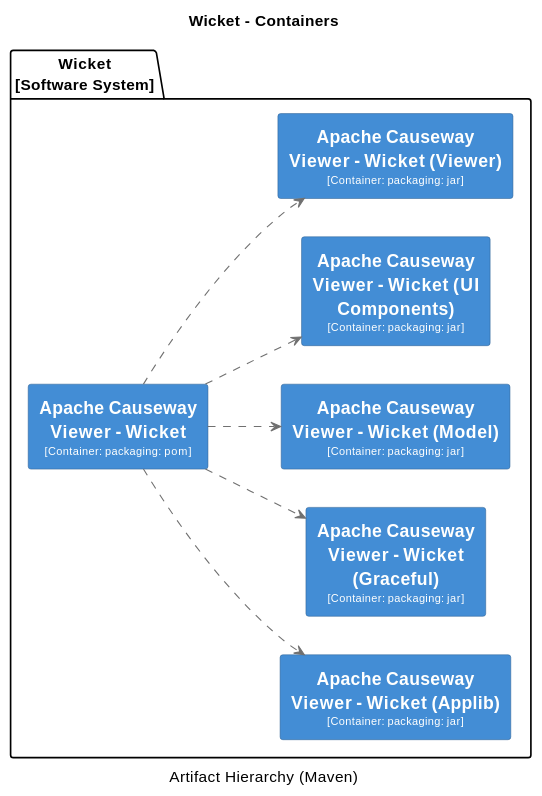
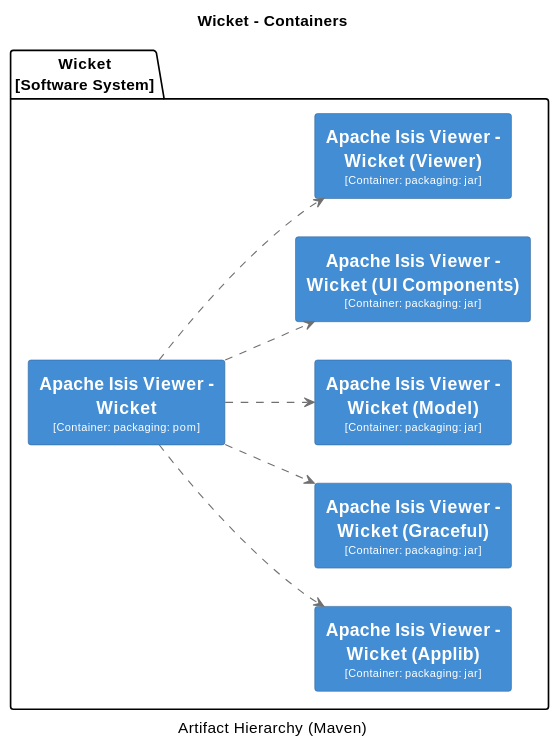
One commit to Supermajestcd/XMP--toolkits changed diagram 17 of 32 in core/adoc/modules/_overview/pages/about.adoc. Above: the diagram before and after it, drawn with PlantUML. The commit also changed other lines of this file and 13521 other files, not shown here.

```diff
--- a/core/adoc/modules/_overview/pages/about.adoc
+++ b/core/adoc/modules/_overview/pages/about.adoc
@@ -2875,60 +3115,60 @@
 [plantuml,Wicket,svg]
 ----
 @startuml(id=Wicket)
 title Wicket - Containers
 caption Artifact Hierarchy (Maven)
 
 skinparam {
   shadowing false
   arrowFontSize 10
   defaultTextAlignment center
   wrapWidth 200
   maxMessageSize 100
 }
 hide stereotype
 left to right direction
 skinparam rectangle<<2>> {
   BackgroundColor #438dd5
   FontColor #fffffe
   BorderColor #2E6295
 }
 skinparam rectangle<<3>> {
   BackgroundColor #438dd5
   FontColor #fffffe
   BorderColor #2E6295
 }
 skinparam rectangle<<4>> {
   BackgroundColor #438dd5
   FontColor #fffffe
   BorderColor #2E6295
 }
 skinparam rectangle<<5>> {
   BackgroundColor #438dd5
   FontColor #fffffe
   BorderColor #2E6295
 }
 skinparam rectangle<<6>> {
   BackgroundColor #438dd5
   FontColor #fffffe
   BorderColor #2E6295
 }
 skinparam rectangle<<7>> {
   BackgroundColor #438dd5
   FontColor #fffffe
   BorderColor #2E6295
 }
 package "Wicket\n[Software System]" {
-  rectangle "==Apache Causeway Viewer - Wicket\n<size:10>[Container: packaging: pom]</size>" <<2>> as 2
-  rectangle "==Apache Causeway Viewer - Wicket (Applib)\n<size:10>[Container: packaging: jar]</size>" <<3>> as 3
-  rectangle "==Apache Causeway Viewer - Wicket (Graceful)\n<size:10>[Container: packaging: jar]</size>" <<4>> as 4
-  rectangle "==Apache Causeway Viewer - Wicket (Model)\n<size:10>[Container: packaging: jar]</size>" <<5>> as 5
-  rectangle "==Apache Causeway Viewer - Wicket (UI Components)\n<size:10>[Container: packaging: jar]</size>" <<6>> as 6
-  rectangle "==Apache Causeway Viewer - Wicket (Viewer)\n<size:10>[Container: packaging: jar]</size>" <<7>> as 7
+  rectangle "==Apache Isis Viewer - Wicket\n<size:10>[Container: packaging: pom]</size>" <<2>> as 2
+  rectangle "==Apache Isis Viewer - Wicket (Applib)\n<size:10>[Container: packaging: jar]</size>" <<3>> as 3
+  rectangle "==Apache Isis Viewer - Wicket (Graceful)\n<size:10>[Container: packaging: jar]</size>" <<4>> as 4
+  rectangle "==Apache Isis Viewer - Wicket (Model)\n<size:10>[Container: packaging: jar]</size>" <<5>> as 5
+  rectangle "==Apache Isis Viewer - Wicket (UI Components)\n<size:10>[Container: packaging: jar]</size>" <<6>> as 6
+  rectangle "==Apache Isis Viewer - Wicket (Viewer)\n<size:10>[Container: packaging: jar]</size>" <<7>> as 7
 }
 2 .[#707070].> 3 : ""
 2 .[#707070].> 4 : ""
 2 .[#707070].> 5 : ""
 2 .[#707070].> 6 : ""
 2 .[#707070].> 7 : ""
 @enduml
 ----
```
